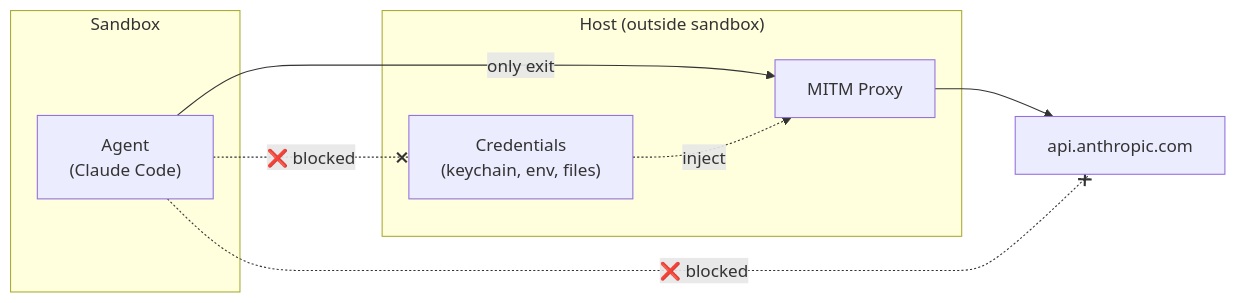
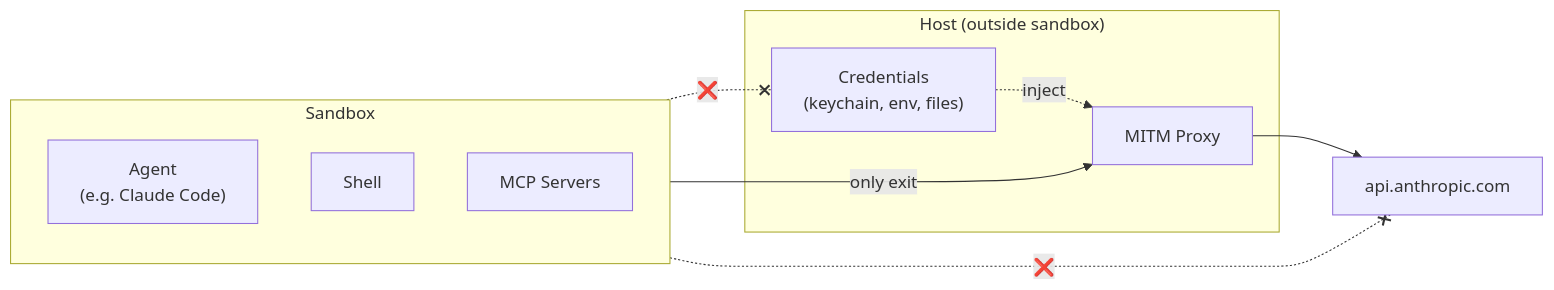
The first of 3 diagrams in slides.md (thepwagner-org/nix-jail), drawn with Mermaid before and after one commit.

Commit message:
slides: show agent as example, add shell/mcp to sandbox
🤖 Generated with [Claude Code](https://claude.com/claude-code)

````diff
--- a/slides.md
+++ b/slides.md
@@ -5,20 +5,22 @@
 ```mermaid
 flowchart LR
     subgraph Sandbox
-        Agent["Agent<br/>(Claude Code)"]
+        Agent["Agent<br/>(e.g. Claude Code)"]
+        Shell["Shell"]
+        MCP["MCP Servers"]
     end
 
     subgraph Host["Host (outside sandbox)"]
         Proxy["MITM Proxy"]
         Creds["Credentials<br/>(keychain, env, files)"]
     end
 
     Internet["api.anthropic.com"]
 
-    Agent -->|"only exit"| Proxy
+    Sandbox -->|"only exit"| Proxy
     Creds -.->|"inject"| Proxy
     Proxy --> Internet
 
-    Agent -.-x|"❌ blocked"| Internet
-    Agent -.-x|"❌ blocked"| Creds
+    Sandbox -.-x|"❌"| Internet
+    Sandbox -.-x|"❌"| Creds
 ```
````
